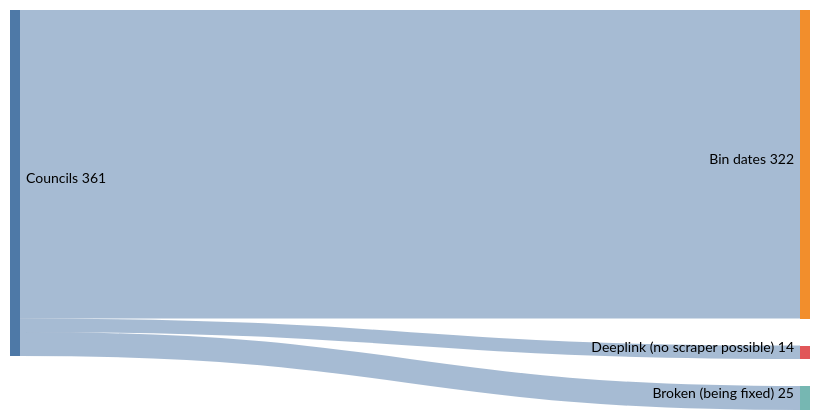
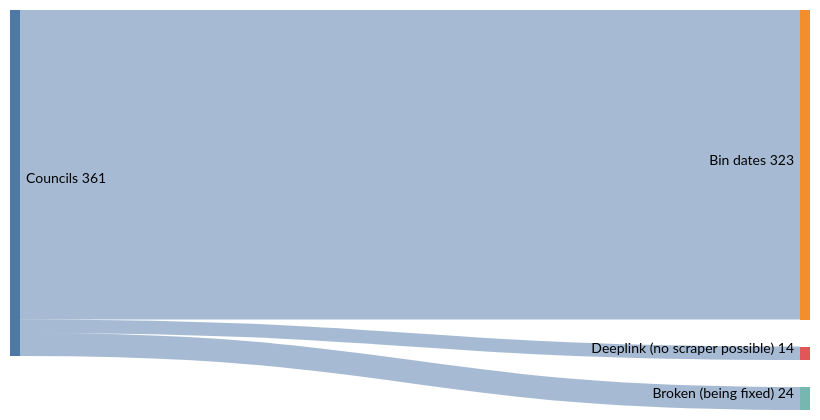
The diagram in README.md (cmbsteinberg/ukbinday), drawn with Mermaid (forest theme) before and after one commit. The commit also changed other lines of this file and 4 other files, not shown here.

````diff
--- a/README.md
+++ b/README.md
@@ -12,15 +12,15 @@
 ```mermaid
 ---
 config:
   sankey:
     width: 800
     height: 400
     linkColor: source
     nodeAlignment: left
 ---
 sankey-beta
 
-"Councils","Bin dates",322
+"Councils","Bin dates",323
 "Councils","Deeplink (no scraper possible)",14
-"Councils","Broken (being fixed)",25
+"Councils","Broken (being fixed)",24
 ```
````
